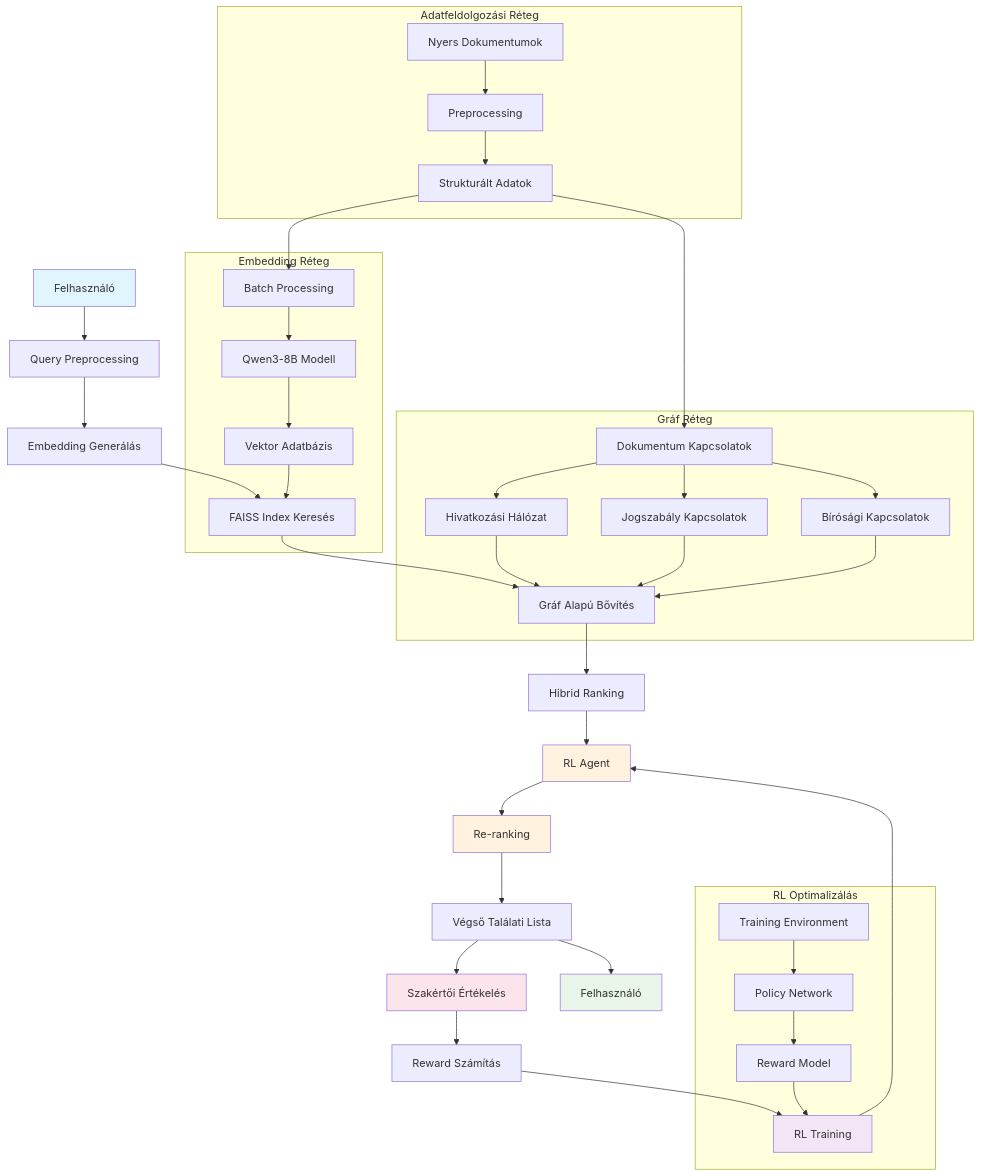
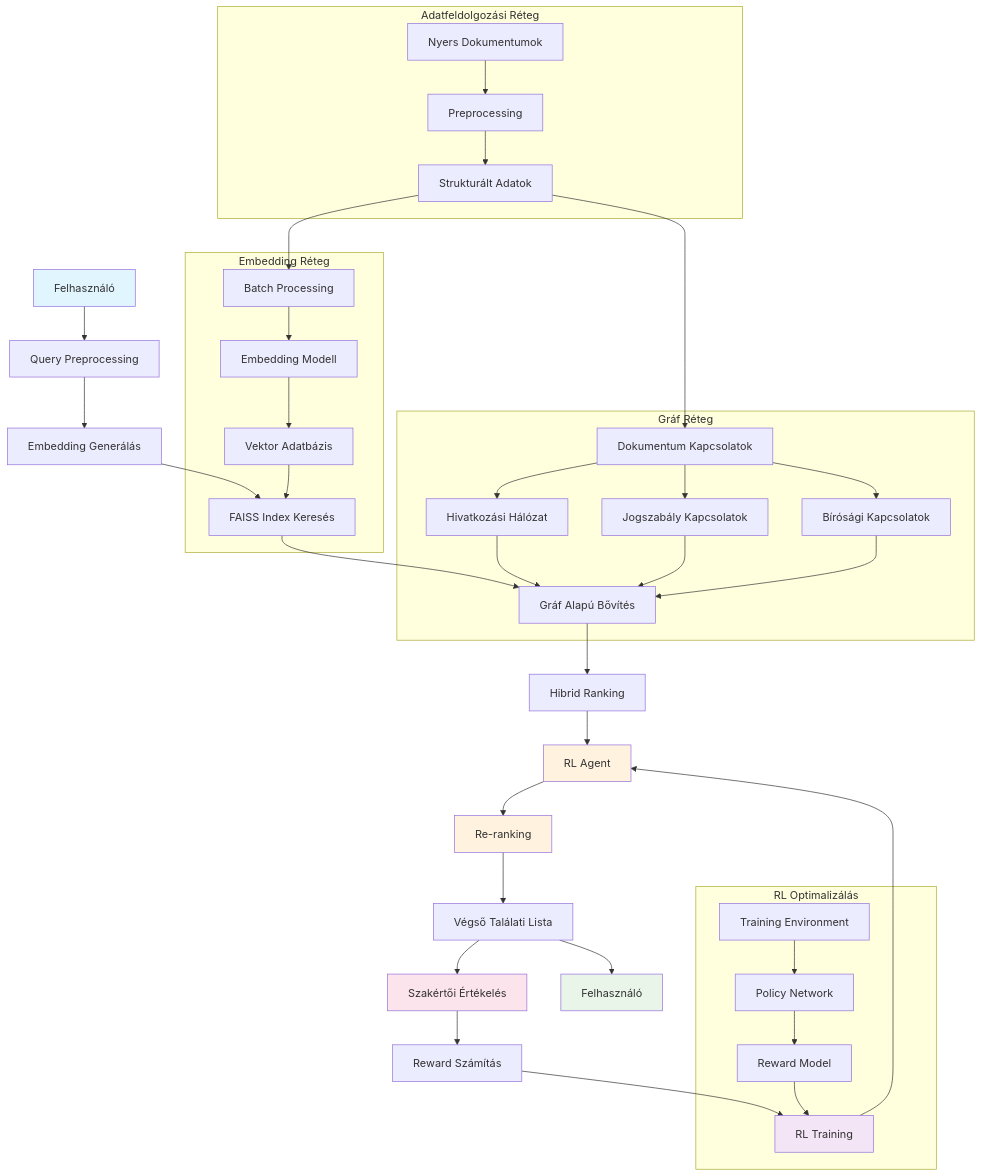
The diagram in README.md (ZeleMate/Szakdolgozat), drawn with Mermaid before and after one commit. The commit also changed other lines of this file, not shown here.

````diff
--- a/README.md
+++ b/README.md
@@ -15,71 +15,71 @@
 ```mermaid
 graph TD
     A["Felhasználó"] --> B["Query Preprocessing"]
     
     B --> C["Embedding Generálás"]
     
     C --> D["FAISS Index Keresés"]
     
     D --> D1["Gráf Alapú Bővítés"]
     
     D1 --> E["Hibrid Ranking"]
     
     E --> F["RL Agent"]
     
     F --> G["Re-ranking"]
     
     G --> H["Végső Találati Lista"]
     
     H --> I["Felhasználó"]
     
     H --> J["Szakértői Értékelés"]
     
     J --> K["Reward Számítás"]
     
     K --> L["RL Training"]
     
     L --> F
     
     subgraph "Adatfeldolgozási Réteg"
         M["Nyers Dokumentumok"]
         N["Preprocessing"]
         O["Strukturált Adatok"]
         M --> N --> O
     end
     
     subgraph "Embedding Réteg"
         P["Batch Processing"]
-        Q["Qwen3-8B Modell"]
+        Q["Embedding Modell"]
         R["Vektor Adatbázis"]
         O --> P --> Q --> R
         R --> D
     end
     
     subgraph "Gráf Réteg"
         V["Dokumentum Kapcsolatok"]
         W["Hivatkozási Hálózat"]
         X["Jogszabály Kapcsolatok"]
         Y["Bírósági Kapcsolatok"]
         O --> V
         V --> W
         V --> X
         V --> Y
         W --> D1
         X --> D1
         Y --> D1
     end
     
     subgraph "RL Optimalizálás"
         S["Training Environment"]
         T["Policy Network"]
         U["Reward Model"]
         S --> T --> U --> L
     end
     
     style A fill:#e1f5fe
     style I fill:#e8f5e8
     style F fill:#fff3e0
     style G fill:#fff3e0
     style J fill:#fce4ec
     style L fill:#f3e5f5
 ```
````
